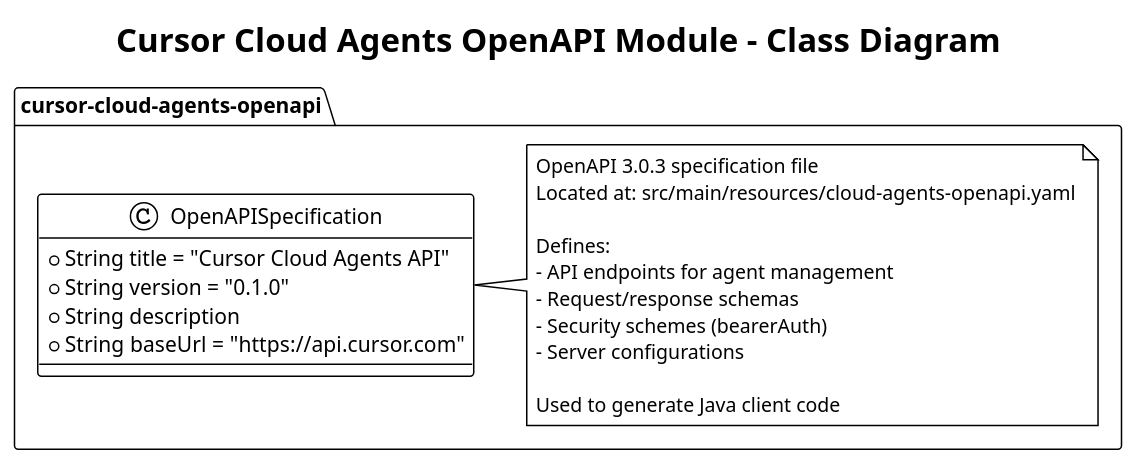
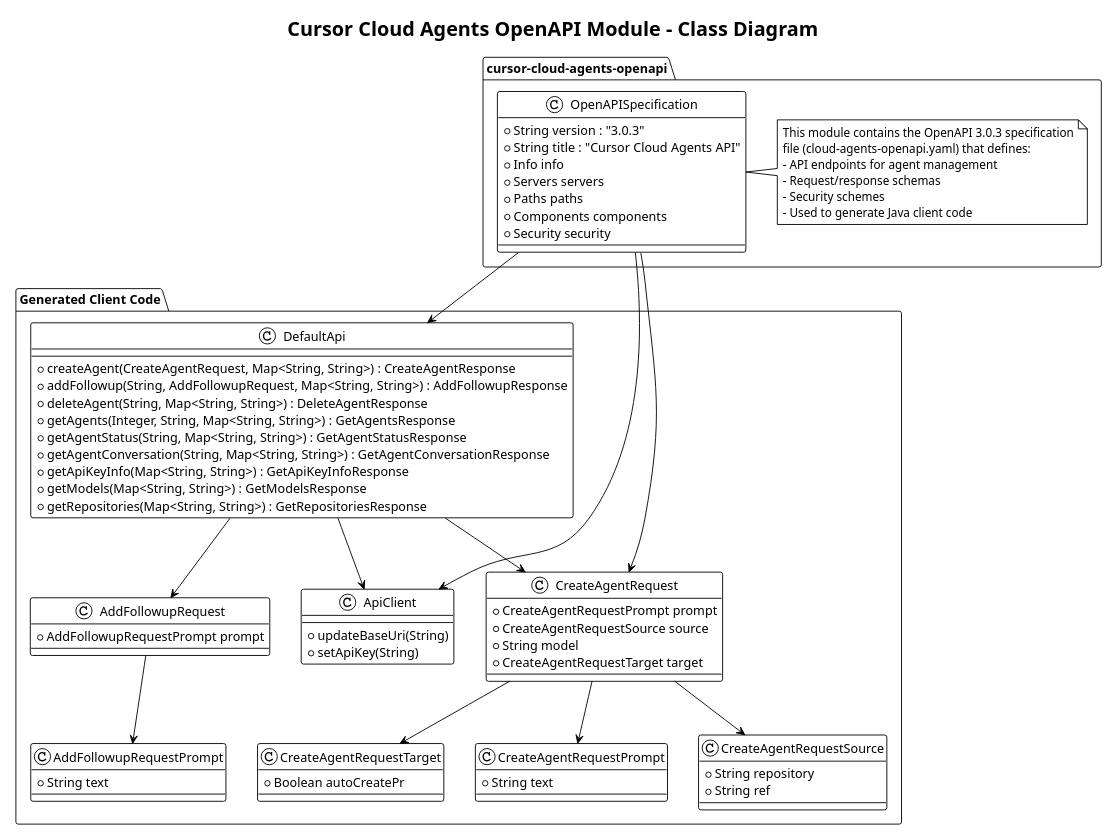
Before and after one commit to jabrena/churrera-cli: the diagram in documentation/uml/puml/uml-class-diagram-cursor-cloud-agents-openapi.puml, drawn with PlantUML. The commit also changed 10 other files, not shown here.

First line of the commit message:
Refactor: Update UML diagrams and module names (#156)

```diff
--- a/documentation/uml/puml/uml-class-diagram-cursor-cloud-agents-openapi.puml
+++ b/documentation/uml/puml/uml-class-diagram-cursor-cloud-agents-openapi.puml
@@ -1,27 +1,89 @@
 @startuml
 !theme plain
+scale 0.6
 title Cursor Cloud Agents OpenAPI Module - Class Diagram
 
 package "cursor-cloud-agents-openapi" {
   class OpenAPISpecification {
-    + String title = "Cursor Cloud Agents API"
-    + String version = "0.1.0"
-    + String description
-    + String baseUrl = "https://api.cursor.com"
+    + String version : "3.0.3"
+    + String title : "Cursor Cloud Agents API"
+    + Info info
+    + Servers servers
+    + Paths paths
+    + Components components
+    + Security security
   }
-
+  
   note right of OpenAPISpecification
-    OpenAPI 3.0.3 specification file
-    Located at: src/main/resources/cloud-agents-openapi.yaml
-    
-    Defines:
+    This module contains the OpenAPI 3.0.3 specification
+    file (cloud-agents-openapi.yaml) that defines:
     - API endpoints for agent management
     - Request/response schemas
-    - Security schemes (bearerAuth)
-    - Server configurations
-    
-    Used to generate Java client code
+    - Security schemes
+    - Used to generate Java client code
   end note
 }
 
+package "Generated Client Code" {
+  class DefaultApi {
+    + createAgent(CreateAgentRequest, Map<String, String>) : CreateAgentResponse
+    + addFollowup(String, AddFollowupRequest, Map<String, String>) : AddFollowupResponse
+    + deleteAgent(String, Map<String, String>) : DeleteAgentResponse
+    + getAgents(Integer, String, Map<String, String>) : GetAgentsResponse
+    + getAgentStatus(String, Map<String, String>) : GetAgentStatusResponse
+    + getAgentConversation(String, Map<String, String>) : GetAgentConversationResponse
+    + getApiKeyInfo(Map<String, String>) : GetApiKeyInfoResponse
+    + getModels(Map<String, String>) : GetModelsResponse
+    + getRepositories(Map<String, String>) : GetRepositoriesResponse
+  }
+  
+  class ApiClient {
+    + updateBaseUri(String)
+    + setApiKey(String)
+  }
+  
+  class CreateAgentRequest {
+    + CreateAgentRequestPrompt prompt
+    + CreateAgentRequestSource source
+    + String model
+    + CreateAgentRequestTarget target
+  }
+  
+  class CreateAgentRequestPrompt {
+    + String text
+  }
+  
+  class CreateAgentRequestSource {
+    + String repository
+    + String ref
+  }
+  
+  class CreateAgentRequestTarget {
+    + Boolean autoCreatePr
+  }
+  
+  class AddFollowupRequest {
+    + AddFollowupRequestPrompt prompt
+  }
+  
+  class AddFollowupRequestPrompt {
+    + String text
+  }
+}
+
+' Relationships
+OpenAPISpecification --> DefaultApi
+OpenAPISpecification --> ApiClient
+OpenAPISpecification --> CreateAgentRequest
+
+DefaultApi --> ApiClient
+DefaultApi --> CreateAgentRequest
+DefaultApi --> AddFollowupRequest
+
+CreateAgentRequest --> CreateAgentRequestPrompt
+CreateAgentRequest --> CreateAgentRequestSource
+CreateAgentRequest --> CreateAgentRequestTarget
+
+AddFollowupRequest --> AddFollowupRequestPrompt
+
 @enduml
```
